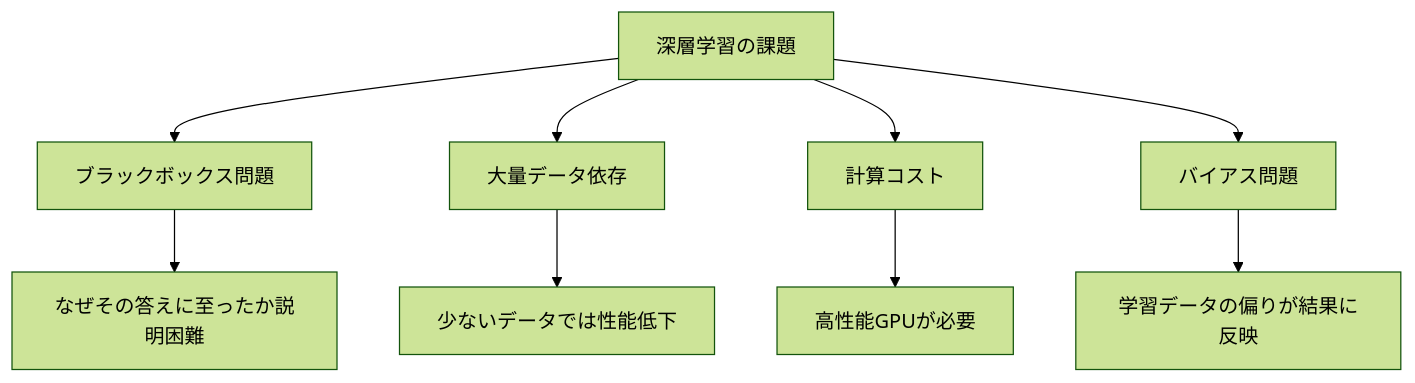
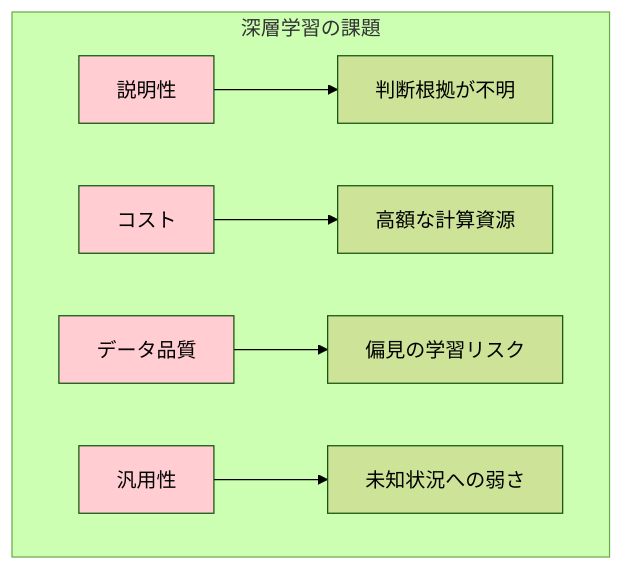
Before and after one commit to SparklingDetergent/doc_genai_mental_model: diagram 13 of 28 in AI/DeepLearning/README.MD, drawn with Mermaid (forest theme). The commit also changed other lines of this file, not shown here.

````diff
--- a/AI/DeepLearning/README.MD
+++ b/AI/DeepLearning/README.MD
@@ -267,12 +502,14 @@
 ```mermaid
 graph TD
-    A[深層学習の課題] --> B[ブラックボックス問題]
-    A --> C[大量データ依存]
-    A --> D[計算コスト]
-    A --> E[バイアス問題]
+    subgraph "深層学習の課題"
+        A[説明性] --> A1[判断根拠が不明]
+        B[コスト] --> B1[高額な計算資源]
+        C[データ品質] --> C1[偏見の学習リスク]
+        D[汎用性] --> D1[未知状況への弱さ]
+    end
     
-    B --> B1["なぜその答えに至ったか説明困難"]
-    C --> C1[少ないデータでは性能低下]
-    D --> D1[高性能GPUが必要]
-    E --> E1[学習データの偏りが結果に反映]
+    style A fill:#ffcdd2
+    style B fill:#ffcdd2
+    style C fill:#ffcdd2
+    style D fill:#ffcdd2
 ```
````
